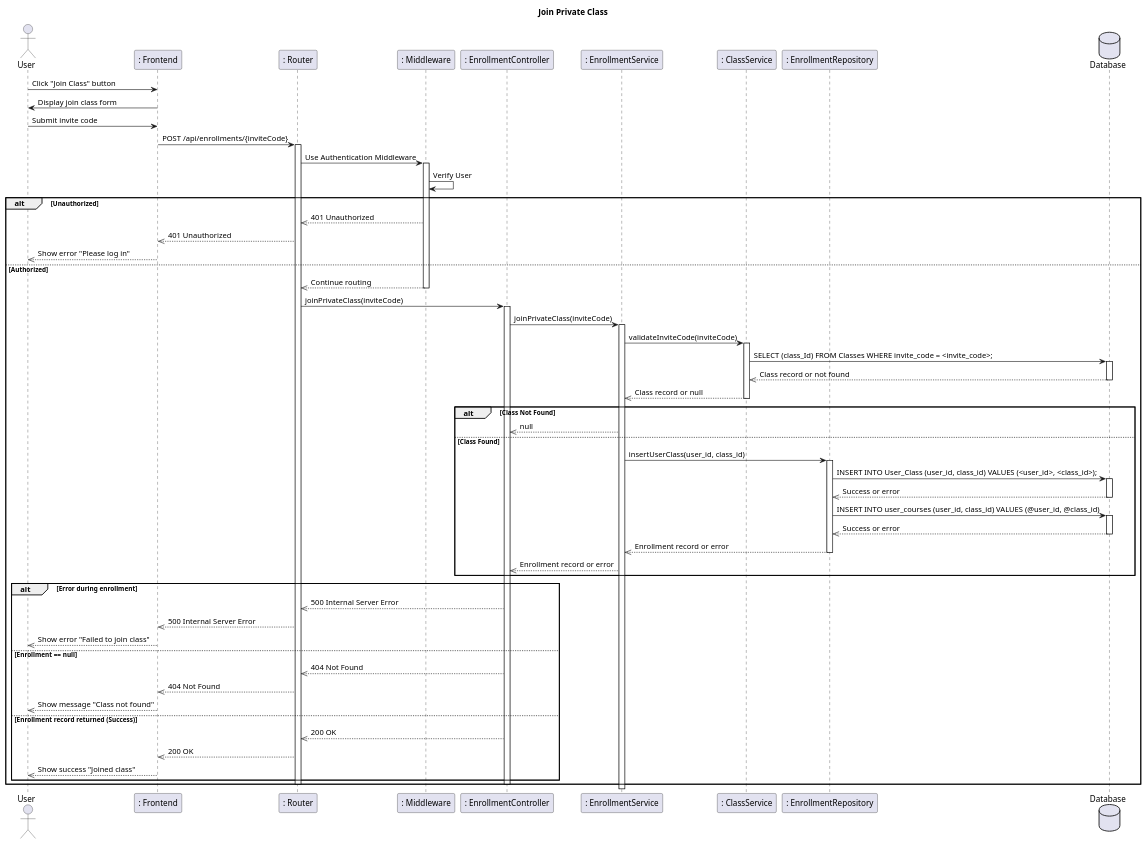
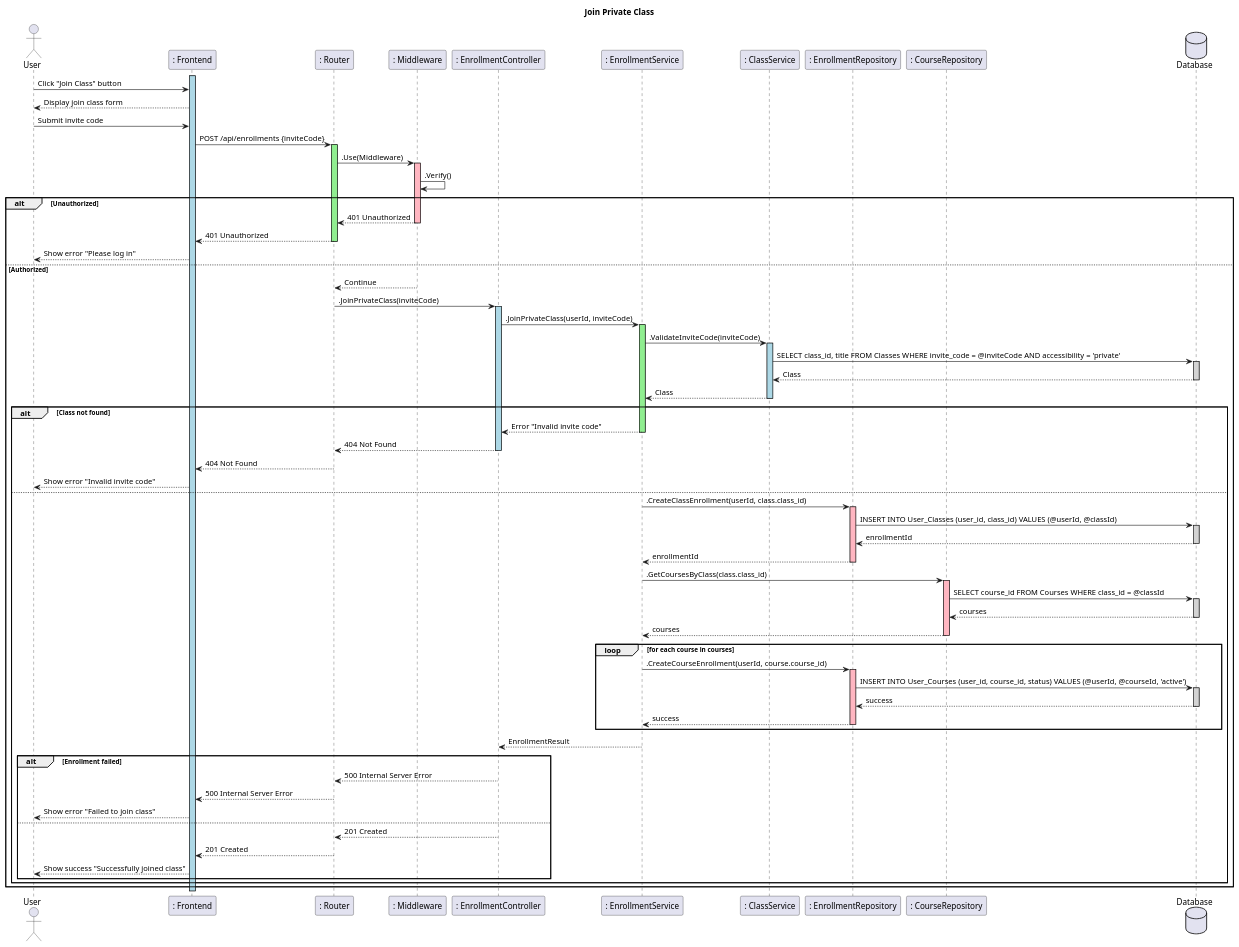
Before and after one commit to CS371-Project-Management/CS371-Sequence-Diagram: the diagram in SD14-Join-Private-Class.puml, drawn with PlantUML. The commit also changed 10 other files, not shown here.

Commit message:
feat: enhance sequence diagrams for login, account creation, class joining, and member deletion with improved error handling and validation

```diff
--- a/SD14-Join-Private-Class.puml
+++ b/SD14-Join-Private-Class.puml
@@ -1,92 +1,120 @@
 @startuml SequenceDiagram
 title Join Private Class
 
 actor User
 
 participant ": Frontend" as Frontend
 participant ": Router" as Router
 participant ": Middleware" as Middleware
 participant ": EnrollmentController" as EnrollmentController
 participant ": EnrollmentService" as EnrollmentService
 participant ": ClassService" as ClassService
 participant ": EnrollmentRepository" as EnrollmentRepository
+participant ": CourseRepository" as CourseRepository
 database Database
 
-' 1. ผู้ใช้กดปุ่ม join class และแสดงฟอร์ม
+activate Frontend #LightBlue
+
+' 1. User initiates join class flow
 User -> Frontend: Click "Join Class" button
-Frontend -> User: Display join class form
+Frontend --> User: Display join class form
 
-' 2. ผู้ใช้กรอก invite code แล้วส่งข้อมูล
+' 2. User submits invite code
 User -> Frontend: Submit invite code
-Frontend -> Router: POST /api/enrollments/{inviteCode}
-activate Router
+Frontend -> Router: POST /api/enrollments {inviteCode}
+activate Router #LightGreen
 
-' ตรวจสอบสิทธิ์ผู้ใช้ผ่าน Middleware
-Router -> Middleware: Use Authentication Middleware
-activate Middleware
-Middleware -> Middleware: Verify User
+' 3. Authentication check
+Router -> Middleware: .Use(Middleware)
+activate Middleware #LightPink
+Middleware -> Middleware: .Verify()
 alt Unauthorized
-  Middleware -->> Router: 401 Unauthorized
-  Router -->> Frontend: 401 Unauthorized
-  Frontend -->> User: Show error "Please log in"
+  Middleware --> Router: 401 Unauthorized
+  deactivate Middleware
+  Router --> Frontend: 401 Unauthorized
+  deactivate Router
+  Frontend --> User: Show error "Please log in"
 else Authorized
-  Middleware -->> Router: Continue routing
+  Middleware --> Router: Continue
   deactivate Middleware
 
-  ' เรียก EnrollmentController เพื่อ join class
-  Router -> EnrollmentController: joinPrivateClass(inviteCode)
-  activate EnrollmentController
-  EnrollmentController -> EnrollmentService: joinPrivateClass(inviteCode)
-  activate EnrollmentService
+  ' 4. Process enrollment
+  Router -> EnrollmentController: .JoinPrivateClass(inviteCode)
+  activate EnrollmentController #LightBlue
 
-  ' ตรวจสอบ invite code (SQL Call 1)
-  EnrollmentService -> ClassService: validateInviteCode(inviteCode)
-  activate ClassService
-  ClassService -> Database: SELECT (class_Id) FROM Classes WHERE invite_code = <invite_code>;
-  activate Database
-  Database -->> ClassService: Class record or not found
+  EnrollmentController -> EnrollmentService: .JoinPrivateClass(userId, inviteCode)
+  activate EnrollmentService #LightGreen
+
+  ' 5. Validate invite code
+  EnrollmentService -> ClassService: .ValidateInviteCode(inviteCode)
+  activate ClassService #LightBlue
+  ClassService -> Database: SELECT class_id, title FROM Classes WHERE invite_code = @inviteCode AND accessibility = 'private'
+  activate Database #LightGray
+  Database --> ClassService: Class
   deactivate Database
-  ClassService -->> EnrollmentService: Class record or null
+  ClassService --> EnrollmentService: Class
   deactivate ClassService
 
-  alt Class Not Found
-    EnrollmentService -->> EnrollmentController: null
-  else Class Found
-    ' บันทึกข้อมูลการเข้าร่วม class (SQL Call 2: บันทึก user_classes)
-    EnrollmentService -> EnrollmentRepository: insertUserClass(user_id, class_id)
-    activate EnrollmentRepository
-    EnrollmentRepository -> Database: INSERT INTO User_Class (user_id, class_id) VALUES (<user_id>, <class_id>);
-    activate Database
-    Database -->> EnrollmentRepository: Success or error
+  alt Class not found
+    EnrollmentService --> EnrollmentController: Error "Invalid invite code"
+    deactivate EnrollmentService
+    EnrollmentController --> Router: 404 Not Found
+    deactivate EnrollmentController
+    Router --> Frontend: 404 Not Found
+    deactivate Router
+    Frontend --> User: Show error "Invalid invite code"
+  else
+    ' 6. Create class enrollment
+    EnrollmentService -> EnrollmentRepository: .CreateClassEnrollment(userId, class.class_id)
+    activate EnrollmentRepository #LightPink
+    EnrollmentRepository -> Database: INSERT INTO User_Classes (user_id, class_id) VALUES (@userId, @classId)
+    activate Database #LightGray
+    Database --> EnrollmentRepository: enrollmentId
     deactivate Database
+    EnrollmentRepository --> EnrollmentService: enrollmentId
+    deactivate EnrollmentRepository
 
-    ' บันทึกข้อมูลการเข้าร่วม class (SQL Call 3: บันทึก user_courses)
-    EnrollmentRepository -> Database: INSERT INTO user_courses (user_id, class_id) VALUES (@user_id, @class_id)
-    activate Database
-    Database -->> EnrollmentRepository: Success or error
+    ' 7. Get courses for this class
+    EnrollmentService -> CourseRepository: .GetCoursesByClass(class.class_id)
+    activate CourseRepository #LightPink
+    CourseRepository -> Database: SELECT course_id FROM Courses WHERE class_id = @classId
+    activate Database #LightGray
+    Database --> CourseRepository: courses
     deactivate Database
-    EnrollmentRepository -->> EnrollmentService: Enrollment record or error
-    deactivate EnrollmentRepository
-    EnrollmentService -->> EnrollmentController: Enrollment record or error
+    CourseRepository --> EnrollmentService: courses
+    deactivate CourseRepository
+
+    ' 8. Enroll in all courses
+    loop for each course in courses
+      EnrollmentService -> EnrollmentRepository: .CreateCourseEnrollment(userId, course.course_id)
+      activate EnrollmentRepository #LightPink
+      EnrollmentRepository -> Database: INSERT INTO User_Courses (user_id, course_id, status) VALUES (@userId, @courseId, 'active')
+      activate Database #LightGray
+      Database --> EnrollmentRepository: success
+      deactivate Database
+      EnrollmentRepository --> EnrollmentService: success
+      deactivate EnrollmentRepository
+    end
+
+    EnrollmentService --> EnrollmentController: EnrollmentResult
+    deactivate EnrollmentService
+
+    ' 9. Handle response
+    alt Enrollment failed
+      EnrollmentController --> Router: 500 Internal Server Error
+      deactivate EnrollmentController
+      Router --> Frontend: 500 Internal Server Error
+      deactivate Router
+      Frontend --> User: Show error "Failed to join class"
+    else
+      EnrollmentController --> Router: 201 Created
+      deactivate EnrollmentController
+      Router --> Frontend: 201 Created
+      deactivate Router
+      Frontend --> User: Show success "Successfully joined class"
+    end
   end
-
-  ' ตรวจสอบผลการดำเนินการใน EnrollmentController
-  alt Error during enrollment
-    EnrollmentController -->> Router: 500 Internal Server Error
-    Router -->> Frontend: 500 Internal Server Error
-    Frontend -->> User: Show error "Failed to join class"
-  else Enrollment == null
-    EnrollmentController -->> Router: 404 Not Found
-    Router -->> Frontend: 404 Not Found
-    Frontend -->> User: Show message "Class not found"
-  else Enrollment record returned (Success)
-    EnrollmentController -->> Router: 200 OK
-    Router -->> Frontend: 200 OK
-    Frontend -->> User: Show success "Joined class"
-  end
-
-  deactivate EnrollmentController
-  deactivate Router
 end
 
+deactivate Frontend
 @enduml
```
